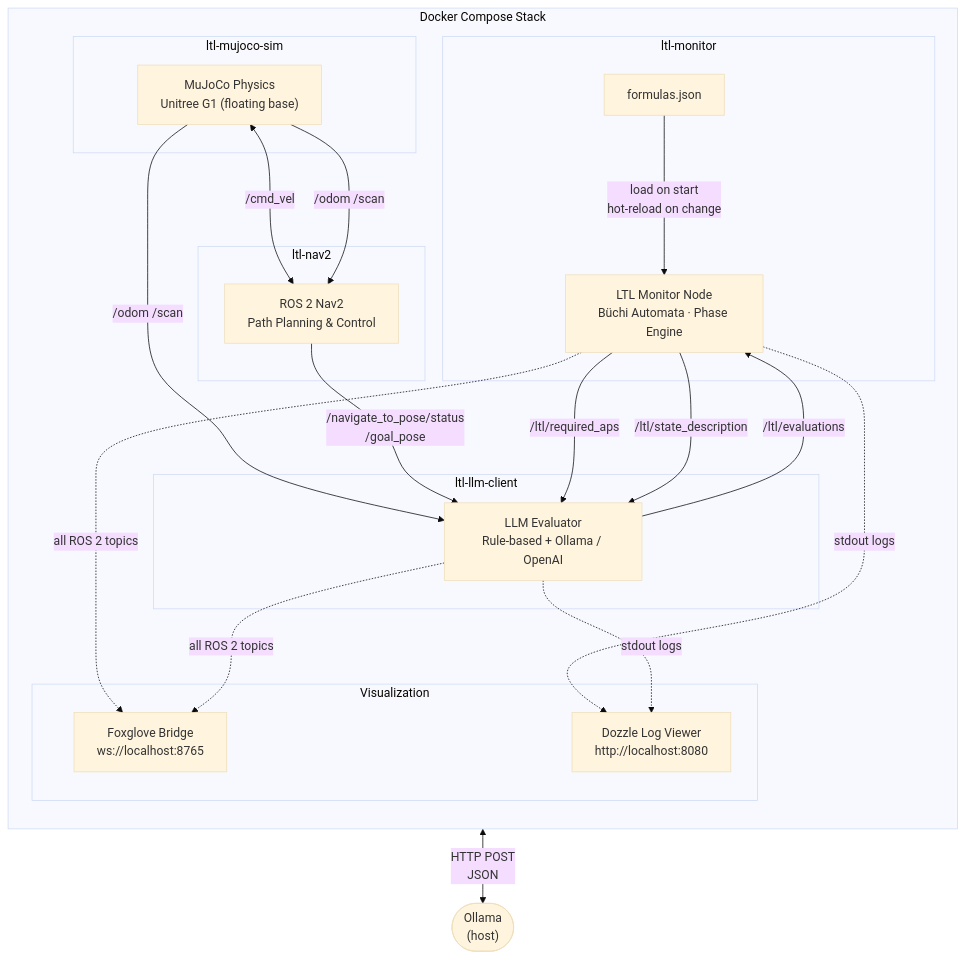
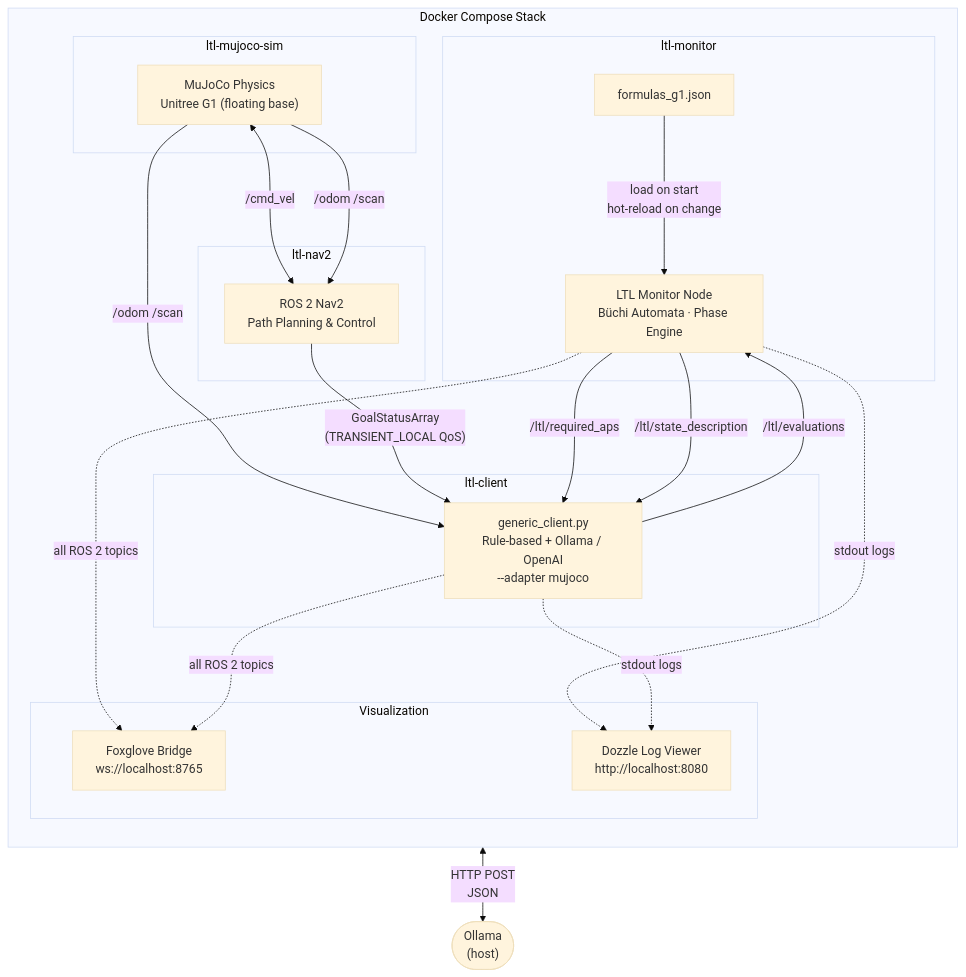
The first of 5 diagrams in README.md (pinhas019/LtlMonitor), drawn with Mermaid (base theme) before and after one commit. The commit also changed other lines of this file and 2 other files, not shown here.

First line of the commit message:
docs: update README/system_description/g1_bridges for the adapter architecture

````diff
--- a/README.md
+++ b/README.md
@@ -152,48 +227,48 @@
 ```mermaid
 flowchart TB
     subgraph Docker["Docker Compose Stack"]
         direction TB
 
         subgraph sim["ltl-mujoco-sim"]
             MuJoCo["MuJoCo Physics\nUnitree G1 (floating base)"]
         end
 
         subgraph nav["ltl-nav2"]
             Nav2["ROS 2 Nav2\nPath Planning & Control"]
         end
 
         subgraph mon["ltl-monitor"]
             Monitor["LTL Monitor Node\nBüchi Automata · Phase Engine"]
-            FJ["formulas.json"]
+            FJ["formulas_g1.json"]
         end
 
-        subgraph llm["ltl-llm-client"]
-            LLMClient["LLM Evaluator\nRule-based + Ollama / OpenAI"]
+        subgraph cli["ltl-client"]
+            Evaluator["generic_client.py\nRule-based + Ollama / OpenAI\n--adapter mujoco"]
         end
 
         subgraph viz["Visualization"]
             Foxglove["Foxglove Bridge\nws://localhost:8765"]
             Dozzle["Dozzle Log Viewer\nhttp://localhost:8080"]
         end
     end
 
     Ollama(["Ollama\n(host)"])
 
     FJ -->|"load on start\nhot-reload on change"| Monitor
 
     MuJoCo <-->|"/cmd_vel"| Nav2
     MuJoCo -->|"/odom  /scan"| Nav2
-    MuJoCo -->|"/odom  /scan"| LLMClient
-    Nav2   -->|"/navigate_to_pose/status\n/goal_pose"| LLMClient
+    MuJoCo -->|"/odom  /scan"| Evaluator
+    Nav2   -->|"GoalStatusArray\n(TRANSIENT_LOCAL QoS)"| Evaluator
 
-    Monitor -->|"/ltl/required_aps"| LLMClient
-    Monitor -->|"/ltl/state_description"| LLMClient
-    LLMClient -->|"/ltl/evaluations"| Monitor
+    Monitor -->|"/ltl/required_aps"| Evaluator
+    Monitor -->|"/ltl/state_description"| Evaluator
+    Evaluator -->|"/ltl/evaluations"| Monitor
 
-    LLMClient <-->|"HTTP POST\nJSON"| Ollama
+    Evaluator <-->|"HTTP POST\nJSON"| Ollama
 
     Monitor -.->|"all ROS 2 topics"| Foxglove
-    LLMClient -.->|"all ROS 2 topics"| Foxglove
+    Evaluator -.->|"all ROS 2 topics"| Foxglove
     Monitor -.->|"stdout logs"| Dozzle
-    LLMClient -.->|"stdout logs"| Dozzle
+    Evaluator -.->|"stdout logs"| Dozzle
 ```
````
